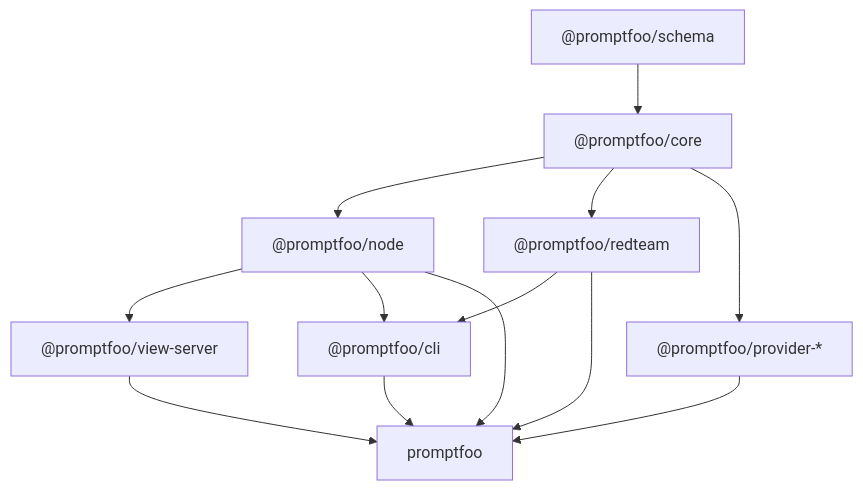
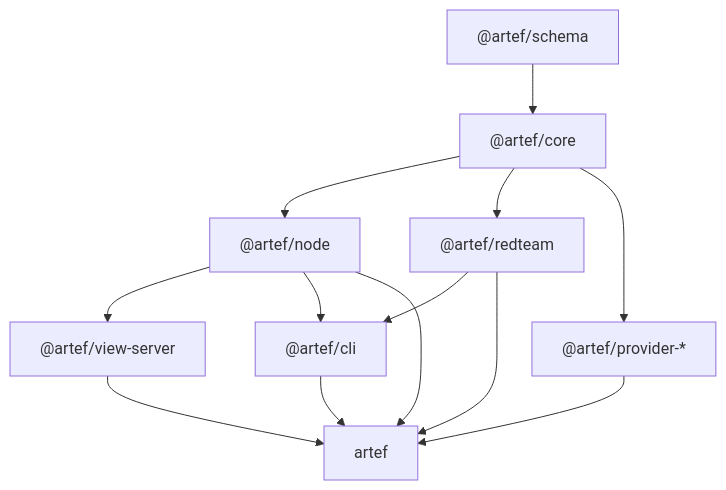
Before and after one commit to NETIZEN-11/ARTF: the diagram in docs/plans/2026-05-02-multi-package-system-proposal.md, drawn with Mermaid. The commit also changed other lines of this file and 2451 other files, not shown here.

First line of the commit message:
feat: Complete rebranding from promptfoo to ARTEF across entire codebase

````diff
--- a/docs/plans/2026-05-02-multi-package-system-proposal.md
+++ b/docs/plans/2026-05-02-multi-package-system-proposal.md
@@ -93,24 +93,24 @@
 ```mermaid
 flowchart TD
-  schema["@promptfoo/schema"]
-  core["@promptfoo/core"]
-  node["@promptfoo/node"]
-  redteam["@promptfoo/redteam"]
-  providers["@promptfoo/provider-*"]
-  view["@promptfoo/view-server"]
-  cli["@promptfoo/cli"]
-  facade["promptfoo"]
+  schema["@artef/schema"]
+  core["@artef/core"]
+  node["@artef/node"]
+  redteam["@artef/redteam"]
+  providers["@artef/provider-*"]
+  view["@artef/view-server"]
+  cli["@artef/cli"]
+  facade["artef"]
 
   schema --> core
   core --> node
   core --> redteam
   core --> providers
   node --> view
   node --> cli
   redteam --> cli
   providers --> facade
   node --> facade
   redteam --> facade
   view --> facade
   cli --> facade
 ```
````
